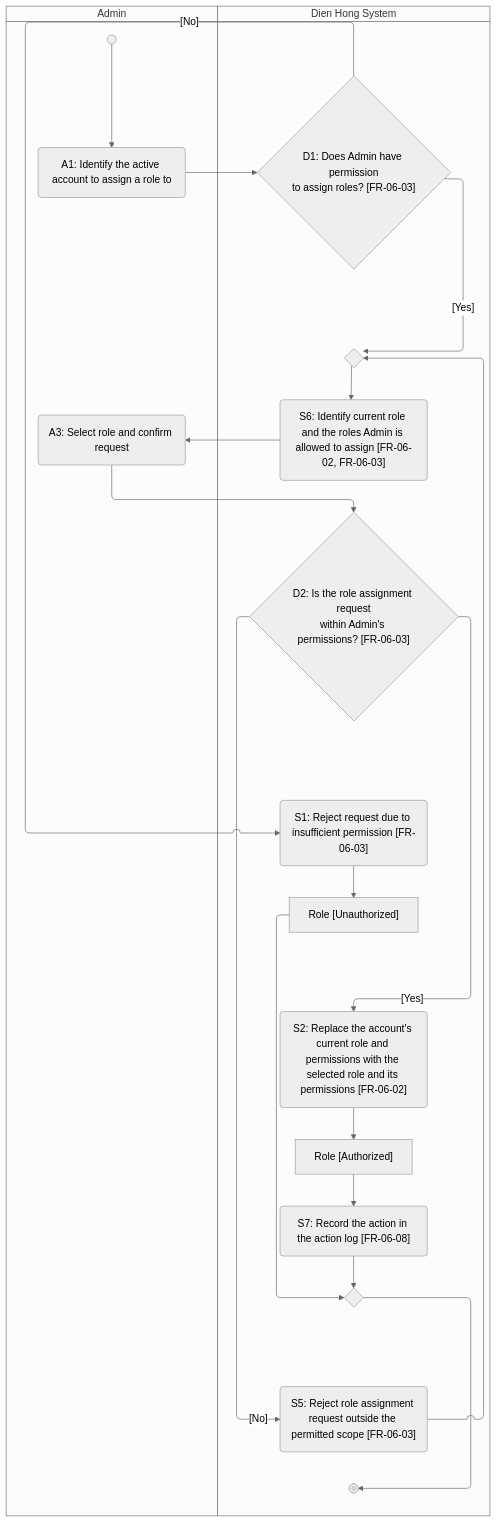
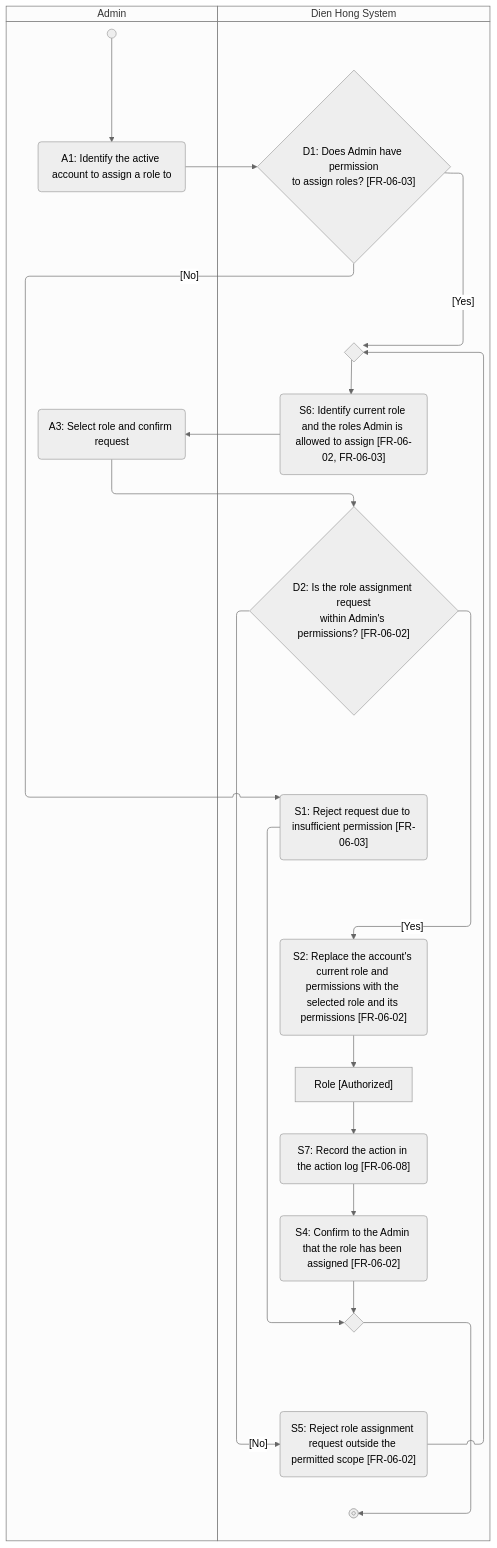
One commit to hatrang191/groupE-nursinghome changed the diagram in docs/activity/AD-UC-12.md. Above: the diagram before and after it, drawn with Mermaid (neutral theme). The commit also changed other lines of this file, not shown here.

First line of the commit message:
Enhance role assignment process with confirmation

````diff
--- a/docs/activity/AD-UC-12.md
+++ b/docs/activity/AD-UC-12.md
@@ -22,28 +22,28 @@
 ```mermaid
 swimlane-beta TB
   subgraph ADM["Admin"]
     start@{ shape: sm-circ }
     A1("A1: Identify the active account to assign a role to")
     A3("A3: Select role and confirm request")
   end
   subgraph SYS["Dien Hong System"]
     D1{"D1: Does Admin have permission<br>to assign roles? [FR-06-03]"}
     S1("S1: Reject request due to insufficient permission [FR-06-03]")
     M1{" "}
     S6("S6: Identify current role and the roles Admin is allowed to assign [FR-06-02, FR-06-03]")
-    D2{"D2: Is the role assignment request<br>within Admin's permissions? [FR-06-03]"}
-    S5("S5: Reject role assignment request outside the permitted scope [FR-06-03]")
+    D2{"D2: Is the role assignment request<br>within Admin's permissions? [FR-06-02]"}
+    S5("S5: Reject role assignment request outside the permitted scope [FR-06-02]")
     S2("S2: Replace the account's current role and permissions with the selected role and its permissions [FR-06-02]")
     O1["Role [Authorized]"]
     S7("S7: Record the action in the action log [FR-06-08]")
-    O2["Role [Unauthorized]"]
+    S4("S4: Confirm to the Admin that the role has been assigned [FR-06-02]")
     M2{" "}
     stop1@{ shape: fr-circ }
   end
   start --> A1 --> D1
-  D1 -->|"[No]"| S1 --> O2 --> M2
+  D1 -->|"[No]"| S1 --> M2
   D1 -->|"[Yes]"| M1 --> S6 --> A3 --> D2
   D2 -->|"[No]"| S5 --> M1
-  D2 -->|"[Yes]"| S2 --> O1 --> S7 --> M2
+  D2 -->|"[Yes]"| S2 --> O1 --> S7 --> S4 --> M2
   M2 --> stop1
 ```
````
